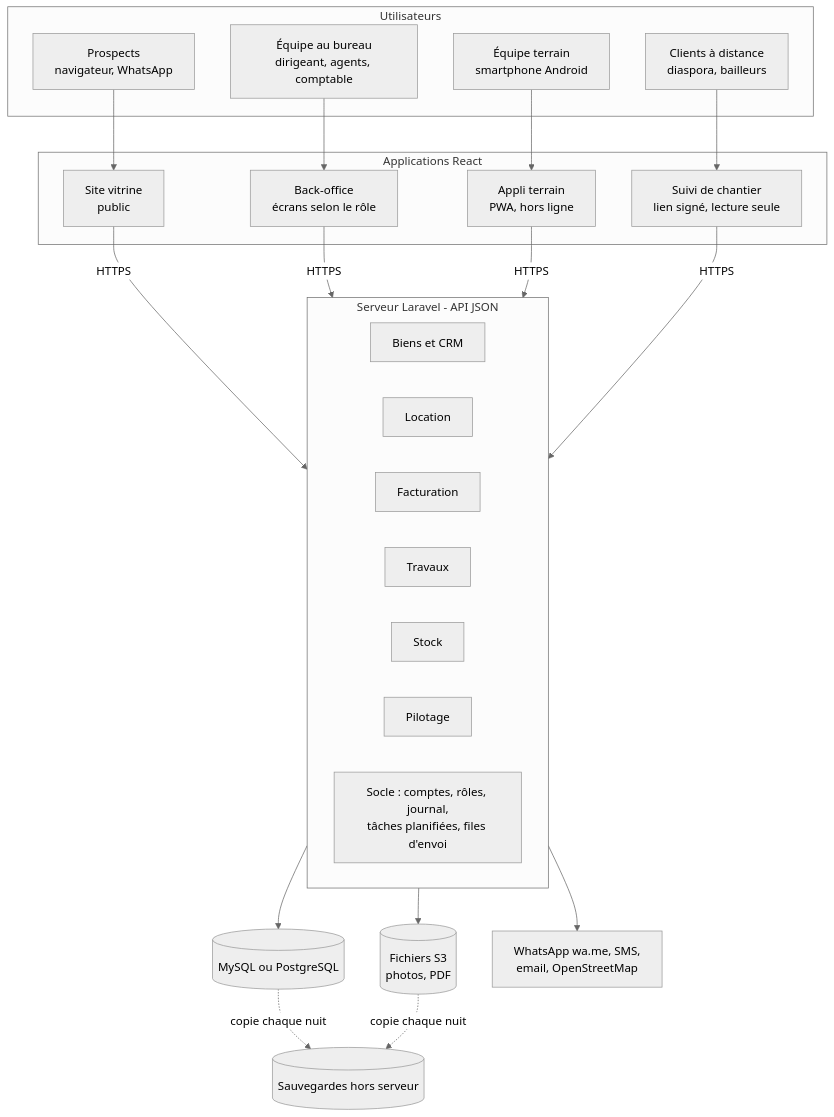
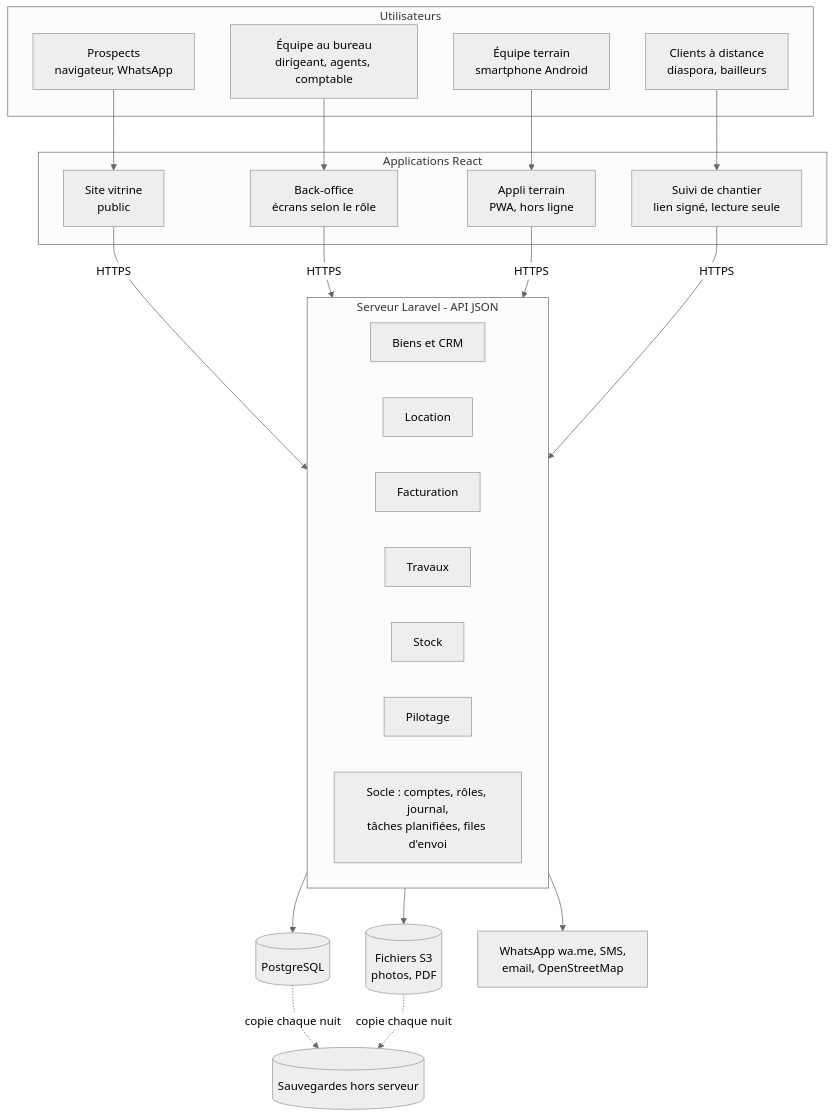
The diagram in docs/architecture.md (THackSRT/borom-daradji), drawn with Mermaid (neutral theme) before and after one commit. The commit also changed other lines of this file and 67 other files, not shown here.

First line of the commit message:
Lot 2 terminé : états des lieux, restitution de la caution ; PostgreSQL

````diff
--- a/docs/architecture.md
+++ b/docs/architecture.md
@@ -7,33 +7,33 @@
 ```mermaid
 flowchart TB
     subgraph Utilisateurs
         P[Prospects<br/>navigateur, WhatsApp]
         B[Équipe au bureau<br/>dirigeant, agents, comptable]
         T[Équipe terrain<br/>smartphone Android]
         D[Clients à distance<br/>diaspora, bailleurs]
     end
     subgraph Applications React
         V[Site vitrine<br/>public]
         BO[Back-office<br/>écrans selon le rôle]
         AT[Appli terrain<br/>PWA, hors ligne]
         S[Suivi de chantier<br/>lien signé, lecture seule]
     end
     subgraph API[Serveur Laravel - API JSON]
         M1[Biens et CRM]
         M2[Location]
         M3[Facturation]
         M4[Travaux]
         M5[Stock]
         M6[Pilotage]
         SO[Socle : comptes, rôles, journal,<br/>tâches planifiées, files d'envoi]
     end
     P --> V
     B --> BO
     T --> AT
     D --> S
     V & BO & AT & S -->|HTTPS| API
-    API --> DB[(MySQL ou PostgreSQL)]
+    API --> DB[(PostgreSQL)]
     API --> F[(Fichiers S3<br/>photos, PDF)]
     DB & F -.->|copie chaque nuit| SV[(Sauvegardes hors serveur)]
     API --> X[WhatsApp wa.me, SMS,<br/>email, OpenStreetMap]
 ```
````
